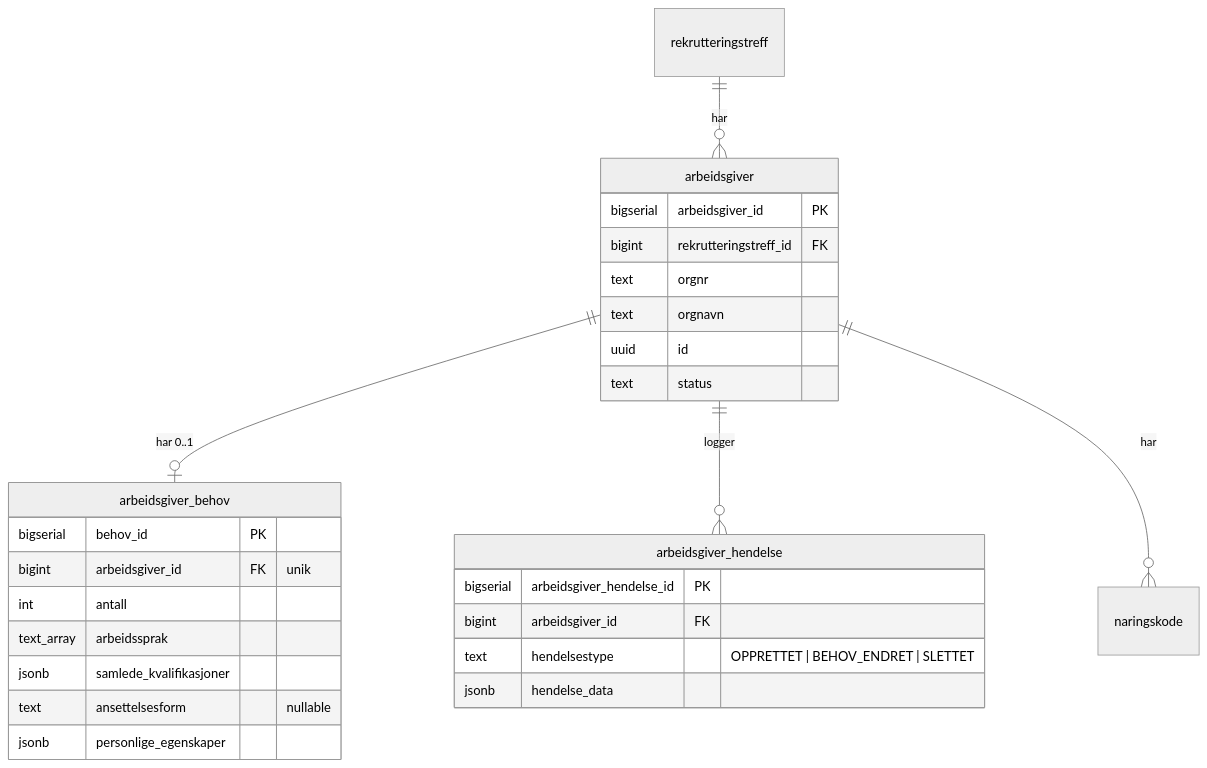
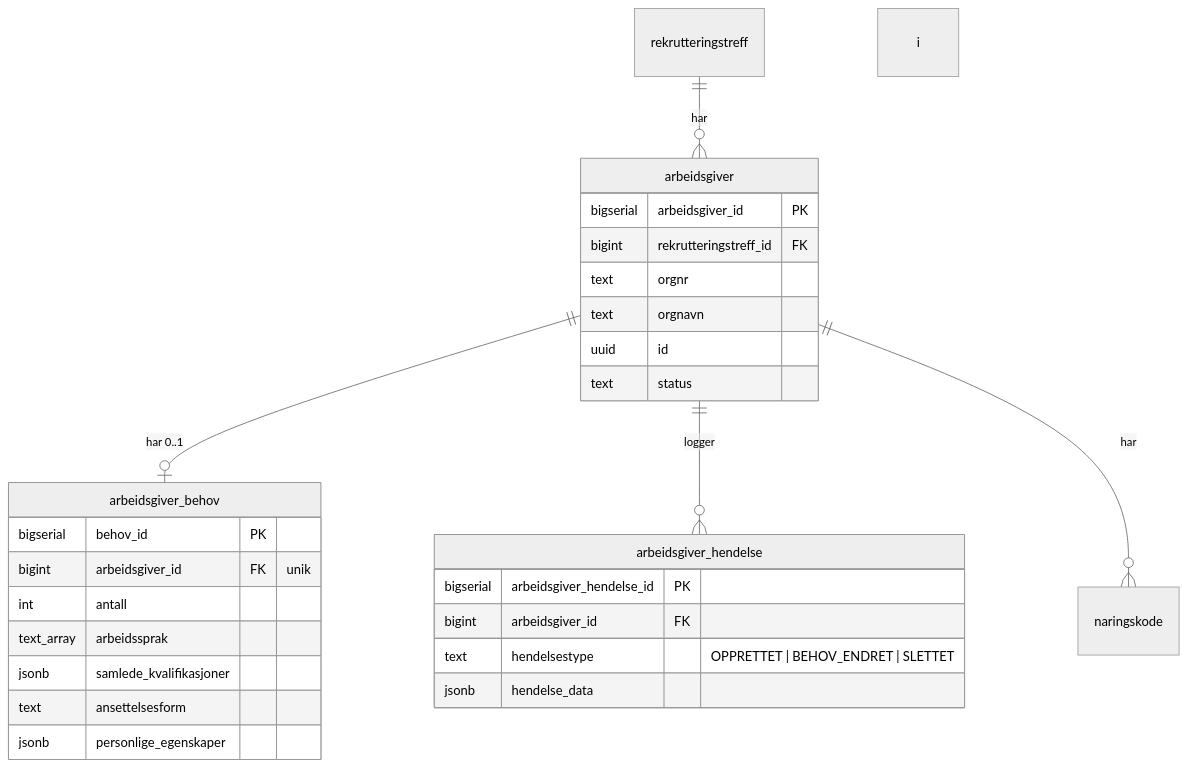
Before and after one commit to navikt/rekrutteringstreff-backend: the first of 3 diagrams in docs/9-planer/arbeidsgiver_behov/arbeidsgivers-behov.md, drawn with Mermaid (neutral theme). The commit also changed other lines of this file, not shown here.

````diff
--- a/docs/9-planer/arbeidsgiver_behov/arbeidsgivers-behov.md
+++ b/docs/9-planer/arbeidsgiver_behov/arbeidsgivers-behov.md
@@ -66,31 +66,31 @@
 ```mermaid
 erDiagram
     rekrutteringstreff ||--o{ arbeidsgiver : har
     arbeidsgiver ||--o| arbeidsgiver_behov : "har 0..1"
     arbeidsgiver ||--o{ arbeidsgiver_hendelse : logger
     arbeidsgiver ||--o{ naringskode : har
-
+i
     arbeidsgiver {
         bigserial arbeidsgiver_id PK
         bigint rekrutteringstreff_id FK
         text orgnr
         text orgnavn
         uuid id
         text status
     }
     arbeidsgiver_behov {
         bigserial behov_id PK
         bigint arbeidsgiver_id FK "unik"
         int antall
         text_array arbeidssprak
         jsonb samlede_kvalifikasjoner
-        text ansettelsesform "nullable"
+        text ansettelsesform
         jsonb personlige_egenskaper
     }
     arbeidsgiver_hendelse {
         bigserial arbeidsgiver_hendelse_id PK
         bigint arbeidsgiver_id FK
         text hendelsestype "OPPRETTET | BEHOV_ENDRET | SLETTET"
         jsonb hendelse_data
     }
 ```
````
